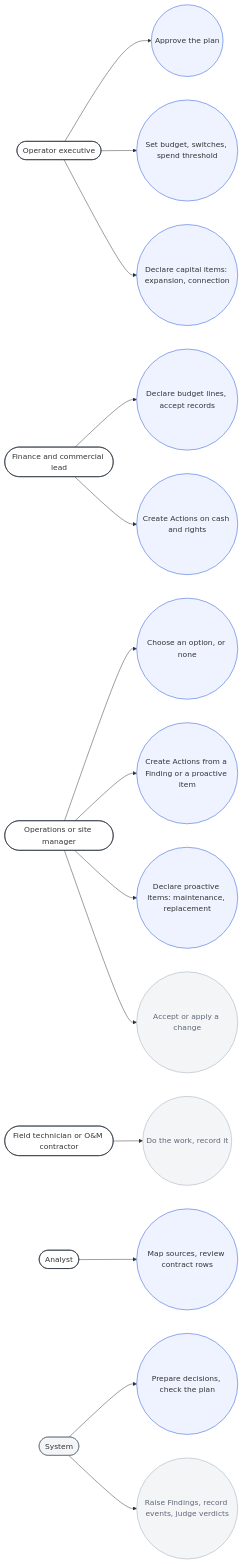
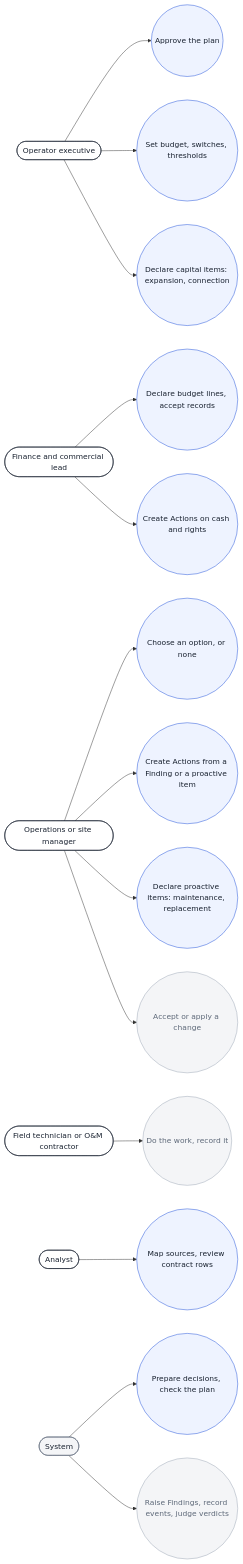
Before and after one commit to bineyame/AssetOpsV1: the eighth of 12 diagrams in Docs/demo-sprint/product-direction-layer4/layer4-transformation-design.md, drawn with Mermaid. The commit also changed other lines of this file and 30 other files, not shown here.

````diff
--- a/Docs/demo-sprint/product-direction-layer4/layer4-transformation-design.md
+++ b/Docs/demo-sprint/product-direction-layer4/layer4-transformation-design.md
@@ -461,26 +488,26 @@
 ```mermaid
 flowchart LR
   EX(["Operator executive"]):::actor
   FC(["Finance and commercial lead"]):::actor
   SM(["Operations or site manager"]):::actor
   FT(["Field technician or O&M contractor"]):::actor
   AO(["Analyst"]):::actor
   SYS(["System"]):::sys
   EX --> U1(("Approve the plan")):::new
-  EX --> U2(("Set budget, switches, spend threshold")):::new
+  EX --> U2(("Set budget, switches, thresholds")):::new
   SM --> U3(("Choose an option, or none")):::new
   SM --> U12(("Create Actions from a Finding or a proactive item")):::new
   SM --> U13(("Declare proactive items: maintenance, replacement")):::new
   EX --> U14(("Declare capital items: expansion, connection")):::new
   SM --> U5(("Accept or apply a change")):::keep
   FT --> U6(("Do the work, record it")):::keep
   FC --> U7(("Declare budget lines, accept records")):::new
   FC --> U8(("Create Actions on cash and rights")):::new
   AO --> U11(("Map sources, review contract rows")):::new
   SYS --> U9(("Prepare decisions, check the plan")):::new
   SYS --> U10(("Raise Findings, record events, judge verdicts")):::keep
-  classDef actor fill:#ffffff,stroke:#18212f
-  classDef sys fill:#f4f5f7,stroke:#5d6878
-  classDef new fill:#eef3ff,stroke:#1d4ed8
+  classDef actor fill:#ffffff,stroke:#18212f,color:#18212f
+  classDef sys fill:#f4f5f7,stroke:#5d6878,color:#18212f
+  classDef new fill:#eef3ff,stroke:#1d4ed8,color:#18212f
   classDef keep fill:#f4f5f7,stroke:#9aa5b4,color:#5d6878
 ```
````
